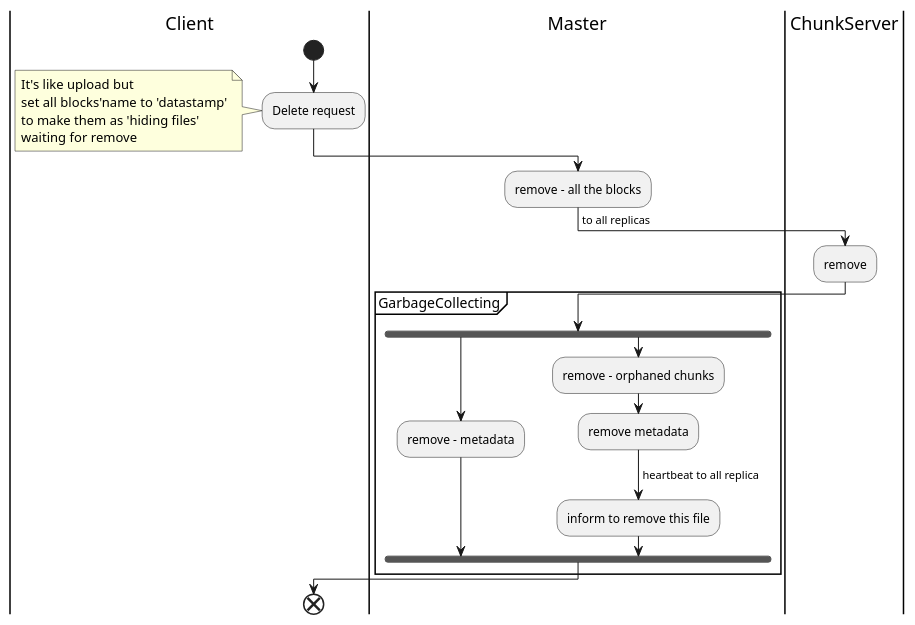
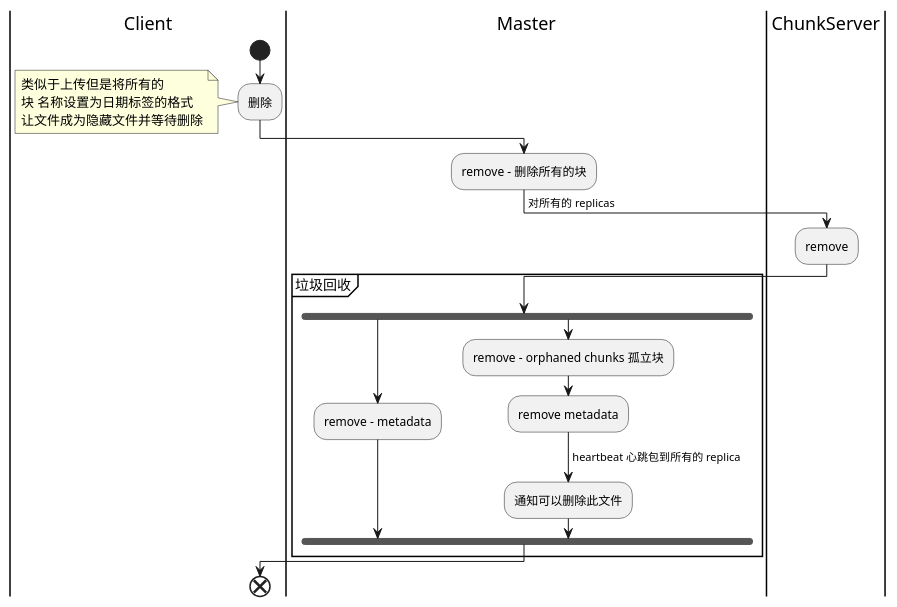
Before and after one commit to sonderlau/UML-Lesson: the diagram in src/Activity/section-delete.wsd, drawn with PlantUML. The commit also changed 10 other files, not shown here.

```diff
--- a/src/Activity/section-delete.wsd
+++ b/src/Activity/section-delete.wsd
@@ -1,39 +1,38 @@
 @startuml "Delete"
 
 |Client|
 start
-:Delete request;
+:删除;
 note left
-    It's like upload but
-    set all blocks'name to 'datastamp'
-    to make them as 'hiding files'
-    waiting for remove
+    类似于上传但是将所有的
+    块 名称设置为日期标签的格式
+    让文件成为隐藏文件并等待删除
 end note
 
 |Master|
-:remove - all the blocks;
+:remove - 删除所有的块;
 
 |ChunkServer|
--> to all replicas;
+-> 对所有的 replicas;
 :remove;
 
 |Master|
-partition GarbageCollecting {
+partition 垃圾回收 {
     fork
         :remove - metadata;
     fork again
-        :remove - orphaned chunks;
+        :remove - orphaned chunks 孤立块;
 
         :remove metadata;
 
-        -> heartbeat to all replica;
-        :inform to remove this file;
+        -> heartbeat 心跳包到所有的 replica;
+        :通知可以删除此文件;
     end fork
     
 
 }
 
 |Client|
 end
 
 @enduml
```
